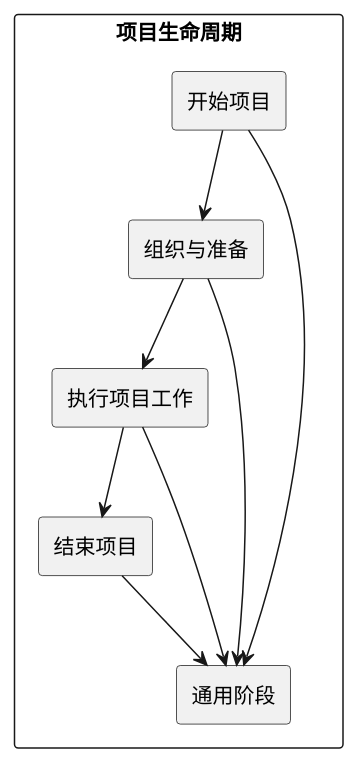
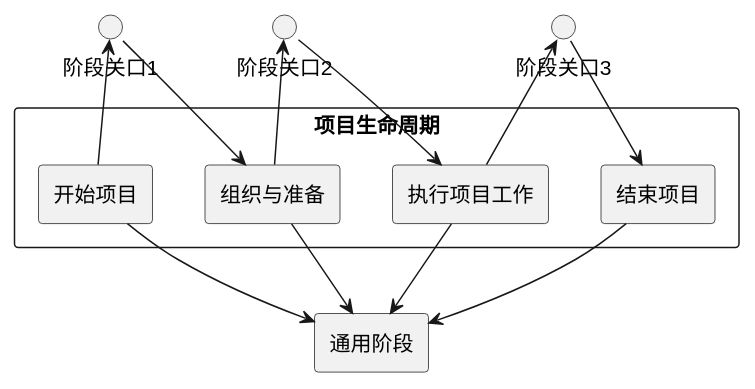
One commit to plusect/plusect.github.io changed the diagram in PMP/1-1-项目基本要素.md. Above: the diagram before and after it, drawn with PlantUML. The commit also changed other lines of this file, not shown here.

````diff
--- a/PMP/1-1-项目基本要素.md
+++ b/PMP/1-1-项目基本要素.md
@@ -34,22 +33,30 @@
 ```plantuml
 @startuml
-skinparam monochrome true
-rectangle "项目生命周期" as lifecycle {
-    rectangle "开始项目" as start
-    rectangle "组织与准备" as organize
-    rectangle "执行项目工作" as execute
-    rectangle "结束项目" as close
-    
-    start -down-> organize
-    organize -down-> execute
-    execute -down-> close
-    
-    
-    rectangle "通用阶段" as common
-    
-    start -down-> common
-    organize -down-> common
-    execute -down-> common
-    close -down-> common
-@endtuml
+skinparam backgroundColor #FFFFFF
+skinparam Shadowing false
+
+rectangle "项目生命周期" as project_lifecycle {
+  rectangle "开始项目" as start_project
+  
+  rectangle "组织与准备" as organize_prepare
+  rectangle "执行项目工作" as execute_project
+  rectangle "结束项目" as end_project
+}
+
+rectangle "通用阶段" as common_stage
+start_project --> 阶段关口1
+阶段关口1 --> organize_prepare
+organize_prepare --> 阶段关口2
+阶段关口2 --> execute_project
+execute_project --> 阶段关口3
+阶段关口3 --> end_project
+
+
+start_project -down-> common_stage
+organize_prepare -down-> common_stage
+execute_project -down-> common_stage
+end_project -down-> common_stage
+
+
+@enduml
 ```
````
